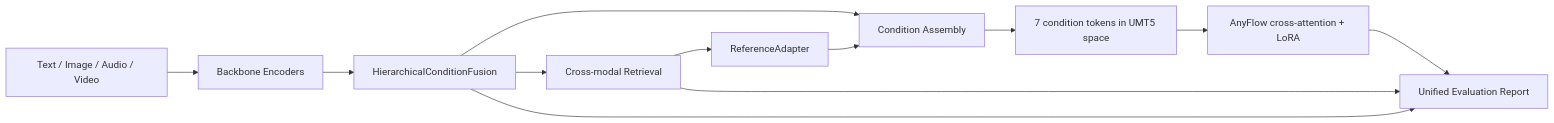
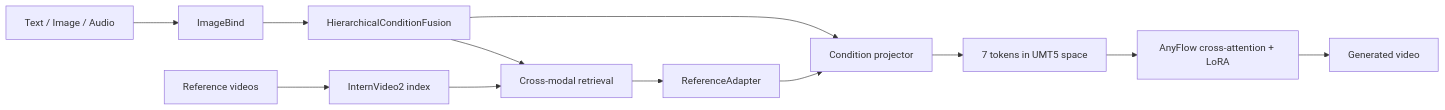
One commit to TomLjm/MUGen-VR changed the diagram in README.md. Above: the diagram before and after it, drawn with Mermaid. The commit also changed other lines of this file and 12 other files, not shown here.

````diff
--- a/README.md
+++ b/README.md
@@ -9,14 +15,14 @@
 ```mermaid
 flowchart LR
-  A[Text / Image / Audio / Video] --> B[Backbone Encoders]
-  B --> C[HierarchicalConditionFusion]
-  C --> D[Cross-modal Retrieval]
-  D --> E[ReferenceAdapter]
-  C --> F[Condition Assembly]
-  E --> F
-  F --> G[7 condition tokens in UMT5 space]
-  G --> I[AnyFlow cross-attention + LoRA]
-  I --> H[Unified Evaluation Report]
-  D --> H
-  C --> H
+  A[Text / Image / Audio] --> B[ImageBind]
+  V[Reference videos] --> C[InternVideo2 index]
+  B --> D[HierarchicalConditionFusion]
+  D --> E[Cross-modal retrieval]
+  C --> E
+  E --> F[ReferenceAdapter]
+  D --> G[Condition projector]
+  F --> G
+  G --> H[7 tokens in UMT5 space]
+  H --> I[AnyFlow cross-attention + LoRA]
+  I --> J[Generated video]
 ```
````
